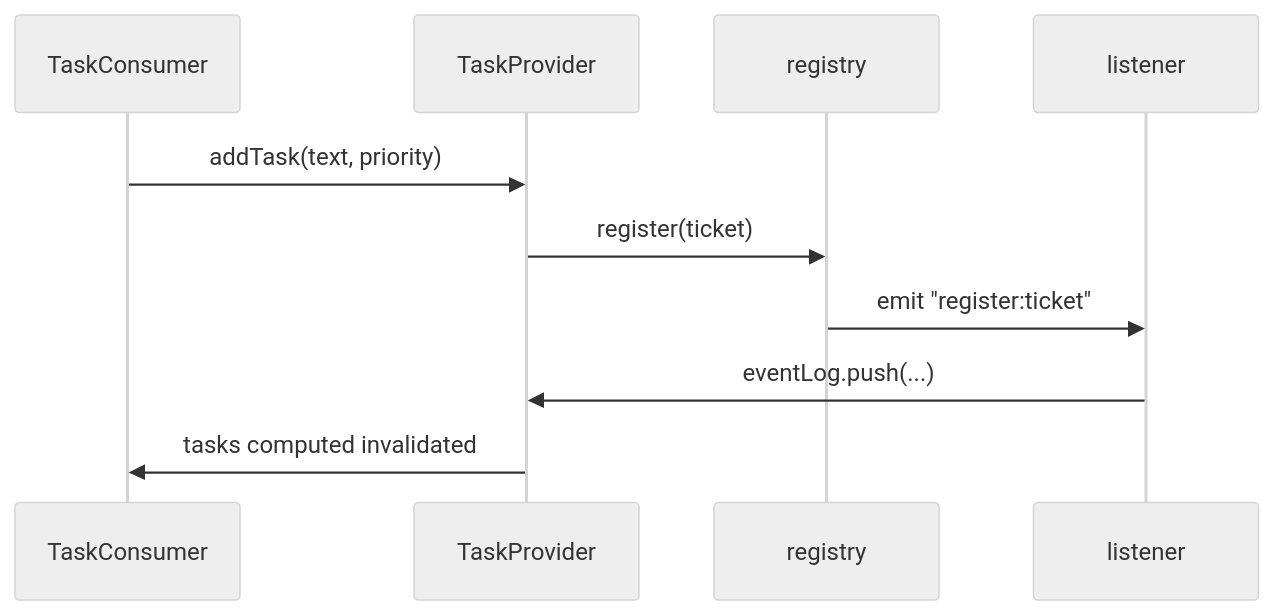
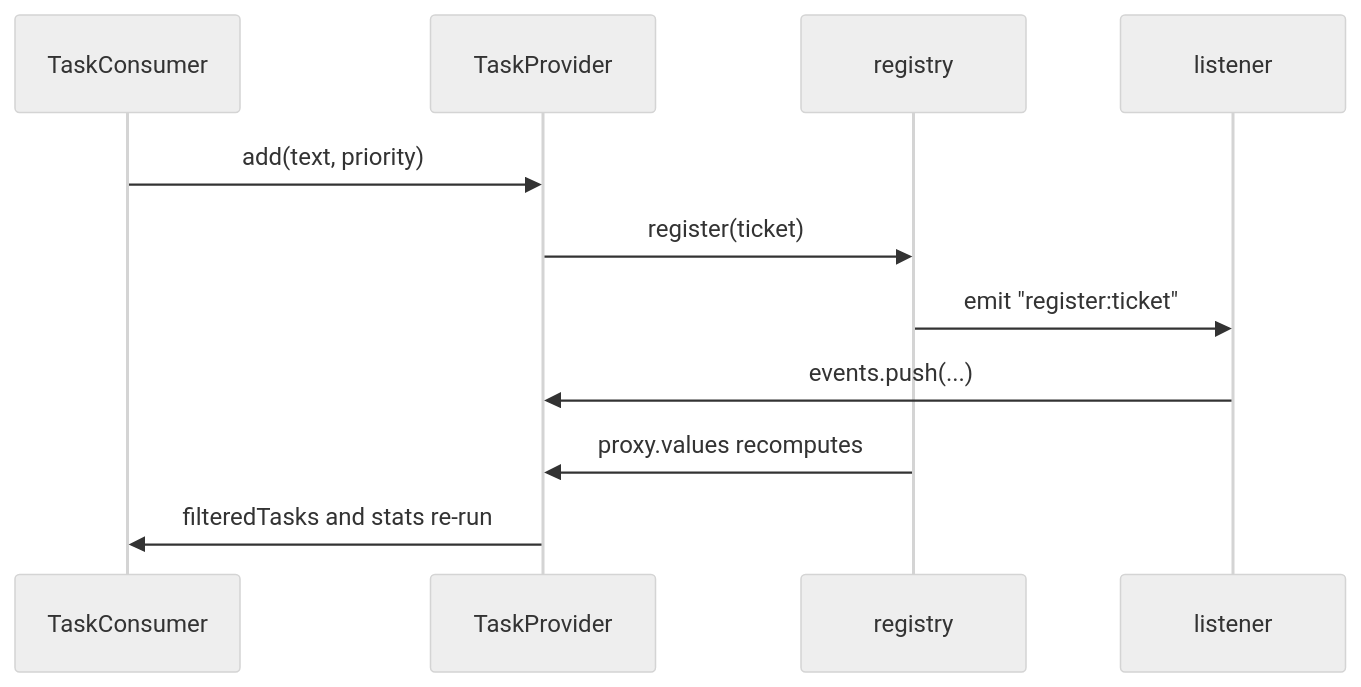
Before and after one commit to vuetifyjs/0: the second of 2 diagrams in apps/docs/src/pages/composables/registration/create-registry.md, drawn with Mermaid (neutral theme). The commit also changed other lines of this file and 7 other files, not shown here.

````diff
--- a/apps/docs/src/pages/composables/registration/create-registry.md
+++ b/apps/docs/src/pages/composables/registration/create-registry.md
@@ -149,13 +153,14 @@
 ```mermaid "Event Flow"
 sequenceDiagram
   participant C as TaskConsumer
   participant P as TaskProvider
   participant R as registry
   participant L as listener
 
-  C->>P: addTask(text, priority)
+  C->>P: add(text, priority)
   P->>R: register(ticket)
   R->>L: emit "register:ticket"
-  L->>P: eventLog.push(...)
-  P->>C: tasks computed invalidated
+  L->>P: events.push(...)
+  R->>P: proxy.values recomputes
+  P->>C: filteredTasks and stats re-run
 ```
````
